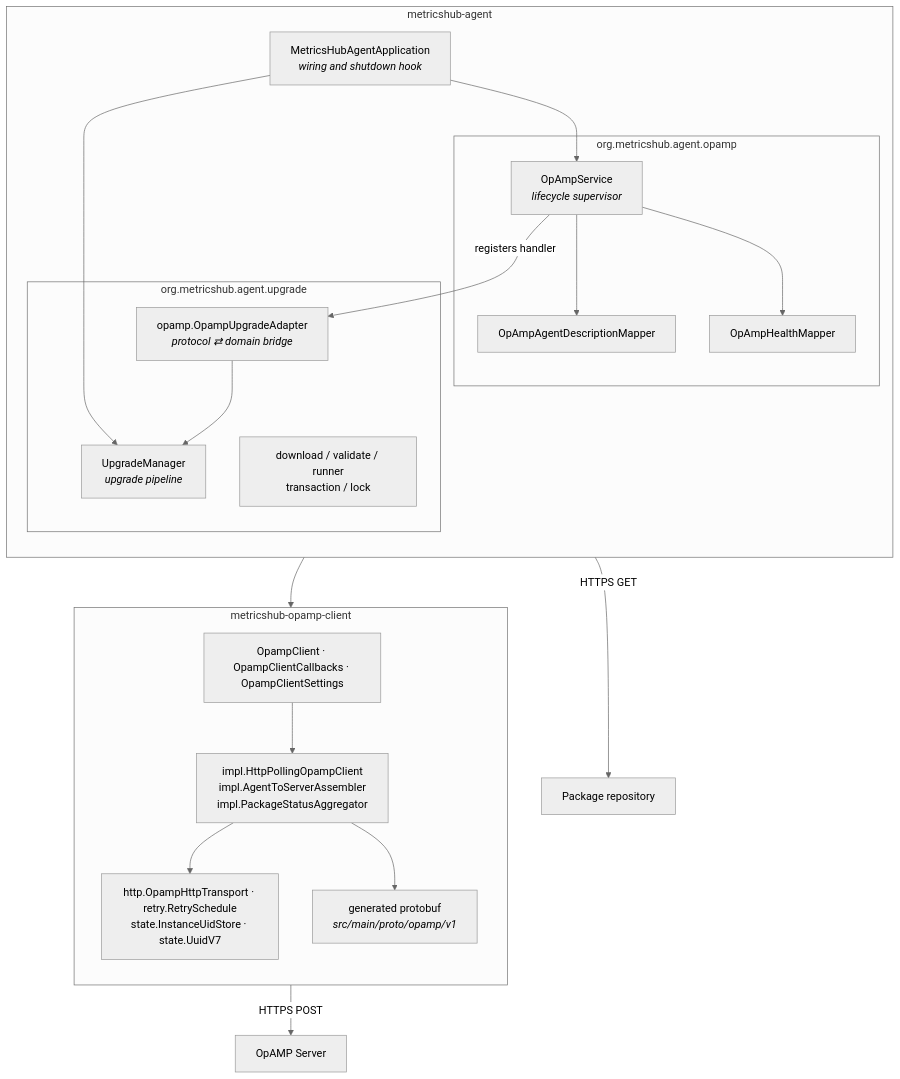
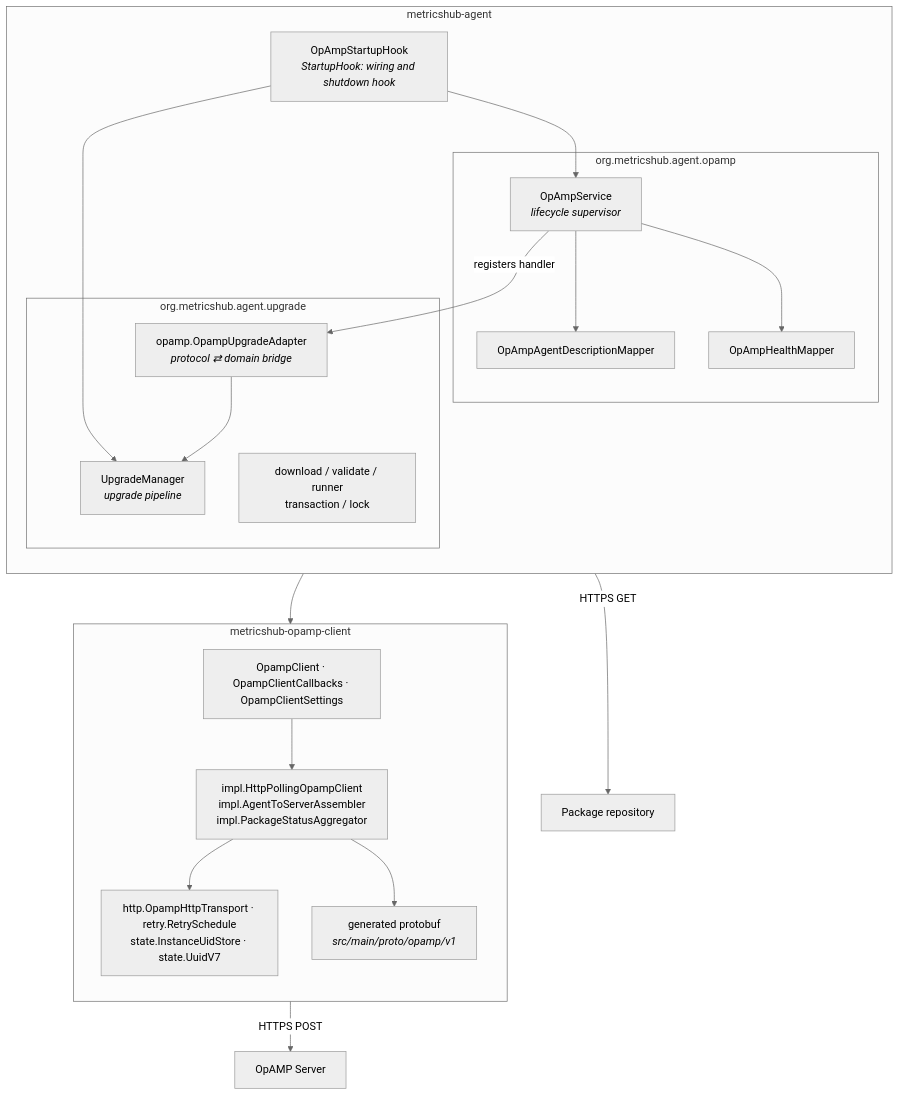
Before and after one commit to MetricsHub/metricshub-community: the second of 8 diagrams in fleet-management.md, drawn with Mermaid (neutral theme). The commit also changed other lines of this file and 3 other files, not shown here.

First line of the commit message:
OpAMP: start fleet management from a StartupHook

````diff
--- a/fleet-management.md
+++ b/fleet-management.md
@@ -75,41 +75,41 @@
 ```mermaid
 flowchart TB
     subgraph agent["metricshub-agent"]
         direction TB
-        App["MetricsHubAgentApplication<br/><i>wiring and shutdown hook</i>"]
+        App["OpAmpStartupHook<br/><i>StartupHook: wiring and shutdown hook</i>"]
         subgraph opamp_pkg["org.metricshub.agent.opamp"]
             Svc["OpAmpService<br/><i>lifecycle supervisor</i>"]
             MapD["OpAmpAgentDescriptionMapper"]
             MapH["OpAmpHealthMapper"]
         end
         subgraph upgrade_pkg["org.metricshub.agent.upgrade"]
             Adapter["opamp.OpampUpgradeAdapter<br/><i>protocol ⇄ domain bridge</i>"]
             Mgr["UpgradeManager<br/><i>upgrade pipeline</i>"]
             Support["download / validate / runner<br/>transaction / lock"]
         end
     end
 
     subgraph client["metricshub-opamp-client"]
         direction TB
         API["OpampClient · OpampClientCallbacks · OpampClientSettings"]
         Impl["impl.HttpPollingOpampClient<br/>impl.AgentToServerAssembler<br/>impl.PackageStatusAggregator"]
         Infra["http.OpampHttpTransport · retry.RetrySchedule<br/>state.InstanceUidStore · state.UuidV7"]
         Proto["generated protobuf<br/><i>src/main/proto/opamp/v1</i>"]
     end
 
     Ext1["OpAMP Server"]
     Ext2["Package repository"]
 
     App --> Svc
     App --> Mgr
     Svc --> API
     Svc --> MapD
     Svc --> MapH
     Adapter --> Mgr
     Svc -->|registers handler| Adapter
     API --> Impl
     Impl --> Infra
     Impl --> Proto
     Infra -->|HTTPS POST| Ext1
     Support -->|HTTPS GET| Ext2
 ```
````
